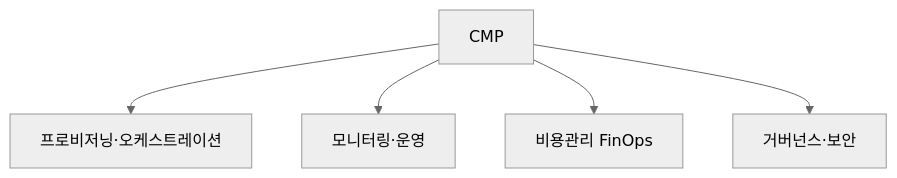
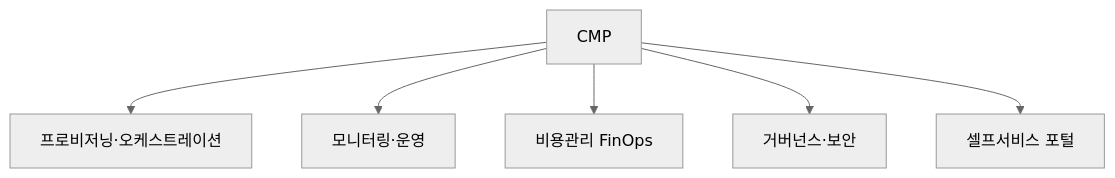
One commit to coninggu/wjdqhrhksflrltnftk changed the diagram in content/cloud-management-platform.md. Above: the diagram before and after it, drawn with Mermaid (neutral theme). The commit also changed other lines of this file and 5 other files, not shown here.

````diff
--- a/content/cloud-management-platform.md
+++ b/content/cloud-management-platform.md
@@ -14,7 +15,8 @@
 ```mermaid
 flowchart TB
   CMP[CMP] --> P[프로비저닝·오케스트레이션]
   CMP --> M[모니터링·운영]
   CMP --> C[비용관리 FinOps]
   CMP --> G[거버넌스·보안]
+  CMP --> SS[셀프서비스 포털]
 ```
````
